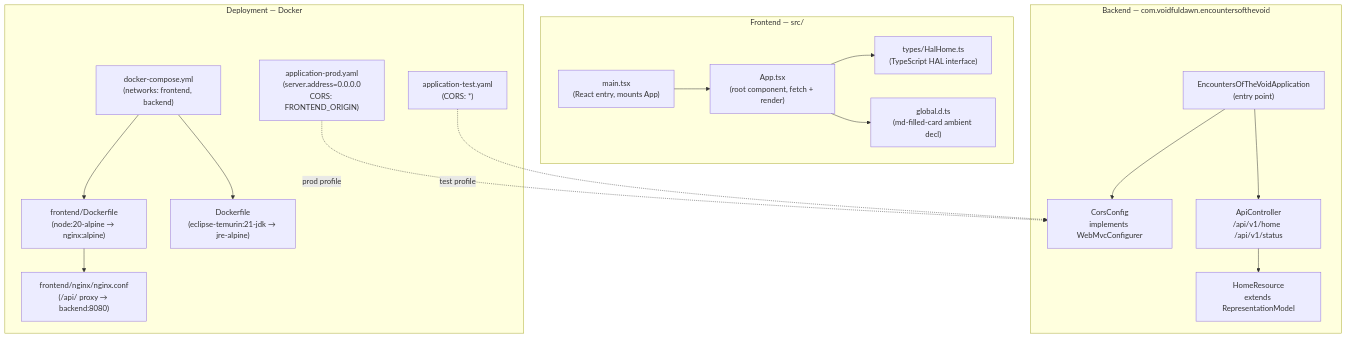
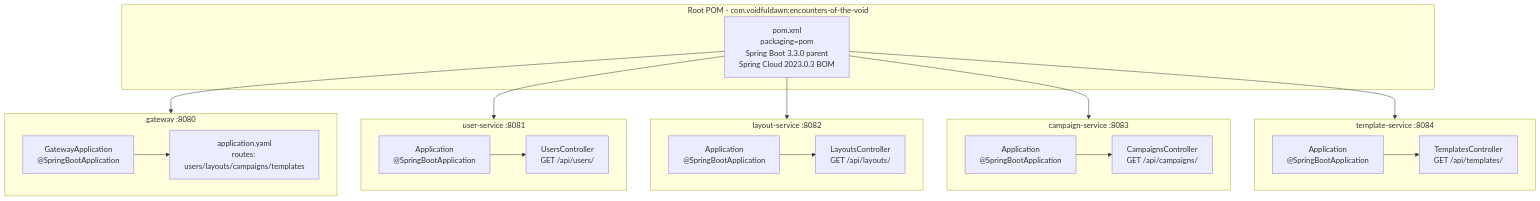
Before and after one commit to VoidfulDawn/Encounters_of_the_Void: the eighth of 8 diagrams in docs/ARCHITECTURE.md, drawn with Mermaid. The commit also changed other lines of this file and 3 other files, not shown here.

First line of the commit message:
docs: update .mmd diagrams and ARCHITECTURE.md for multi-module SCS (TECH-012)

````diff
--- a/docs/ARCHITECTURE.md
+++ b/docs/ARCHITECTURE.md
@@ -156,37 +254,42 @@
 ```mermaid
 graph TB
-    subgraph backend ["Backend — com.voidfuldawn.encountersofthevoid"]
-        App["EncountersOfTheVoidApplication\n(entry point)"]
-        Controller["ApiController\n/api/v1/home  /api/v1/status"]
-        Model["HomeResource\nextends RepresentationModel"]
-        Config["CorsConfig\nimplements WebMvcConfigurer"]
+    subgraph root ["Root POM - com.voidfuldawn:encounters-of-the-void"]
+        RootPOM["pom.xml\npackaging=pom\nSpring Boot 3.3.0 parent\nSpring Cloud 2023.0.3 BOM"]
     end
 
-    subgraph frontend ["Frontend — src/"]
-        MainTSX["main.tsx\n(React entry, mounts App)"]
-        AppTSX["App.tsx\n(root component, fetch + render)"]
-        Types["types/HalHome.ts\n(TypeScript HAL interface)"]
-        GlobalD["global.d.ts\n(md-filled-card ambient decl)"]
+    subgraph gateway_mod ["gateway :8080"]
+        GWApp["GatewayApplication\n@SpringBootApplication"]
+        GWYaml["application.yaml\nroutes: users/layouts/campaigns/templates"]
     end
 
-    subgraph deployment ["Deployment — Docker"]
-        DockerBE["Dockerfile\n(eclipse-temurin:21-jdk → jre-alpine)"]
-        DockerFE["frontend/Dockerfile\n(node:20-alpine → nginx:alpine)"]
-        NginxConf["frontend/nginx/nginx.conf\n(/api/ proxy → backend:8080)"]
-        Compose["docker-compose.yml\n(networks: frontend, backend)"]
-        ProfProd["application-prod.yaml\n(server.address=0.0.0.0\nCORS: FRONTEND_ORIGIN)"]
-        ProfTest["application-test.yaml\n(CORS: *)"]
+    subgraph user_mod ["user-service :8081"]
+        UApp["Application\n@SpringBootApplication"]
+        UC["UsersController\nGET /api/users/"]
     end
 
-    App --> Controller
-    App --> Config
-    Controller --> Model
-    MainTSX --> AppTSX
-    AppTSX --> Types
-    AppTSX --> GlobalD
-    Compose --> DockerBE
-    Compose --> DockerFE
-    DockerFE --> NginxConf
-    ProfProd -.->|"prod profile"| Config
-    ProfTest -.->|"test profile"| Config
+    subgraph layout_mod ["layout-service :8082"]
+        LApp["Application\n@SpringBootApplication"]
+        LC["LayoutsController\nGET /api/layouts/"]
+    end
+
+    subgraph campaign_mod ["campaign-service :8083"]
+        CApp["Application\n@SpringBootApplication"]
+        CC["CampaignsController\nGET /api/campaigns/"]
+    end
+
+    subgraph template_mod ["template-service :8084"]
+        TApp["Application\n@SpringBootApplication"]
+        TC["TemplatesController\nGET /api/templates/"]
+    end
+
+    RootPOM --> gateway_mod
+    RootPOM --> user_mod
+    RootPOM --> layout_mod
+    RootPOM --> campaign_mod
+    RootPOM --> template_mod
+    GWApp --> GWYaml
+    UApp --> UC
+    LApp --> LC
+    CApp --> CC
+    TApp --> TC
 ```
````
